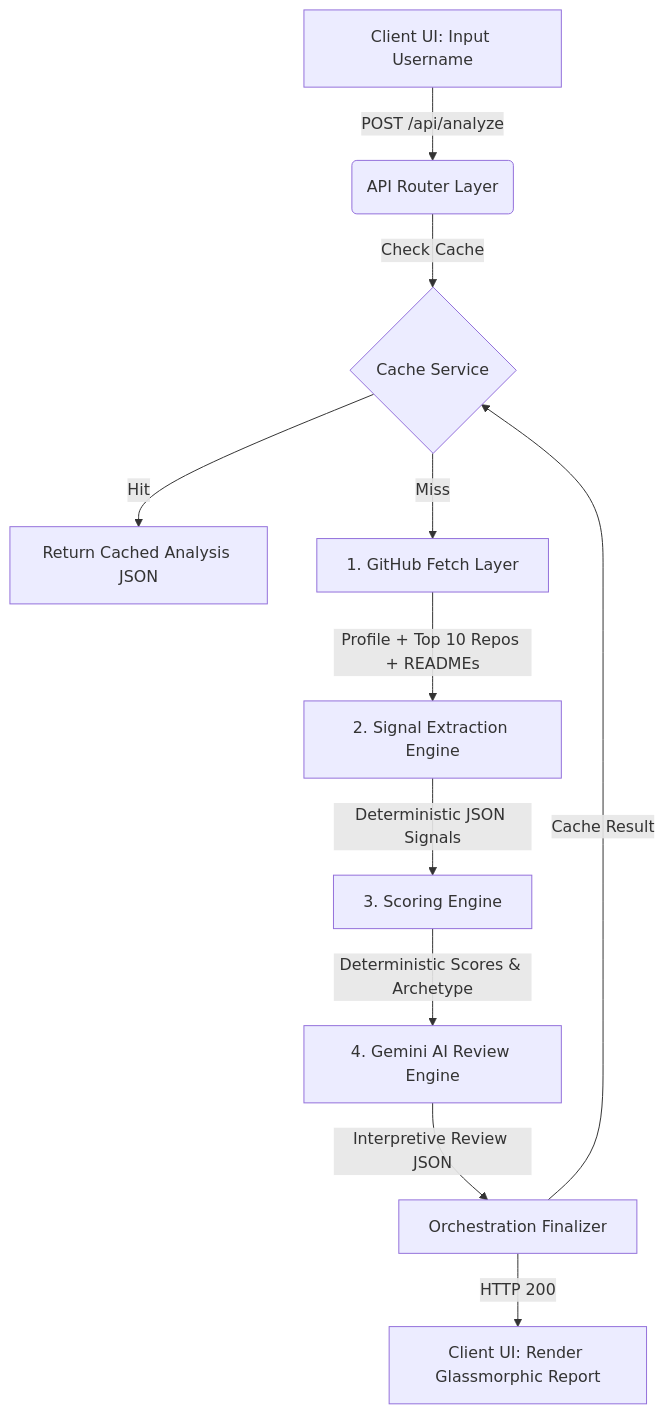
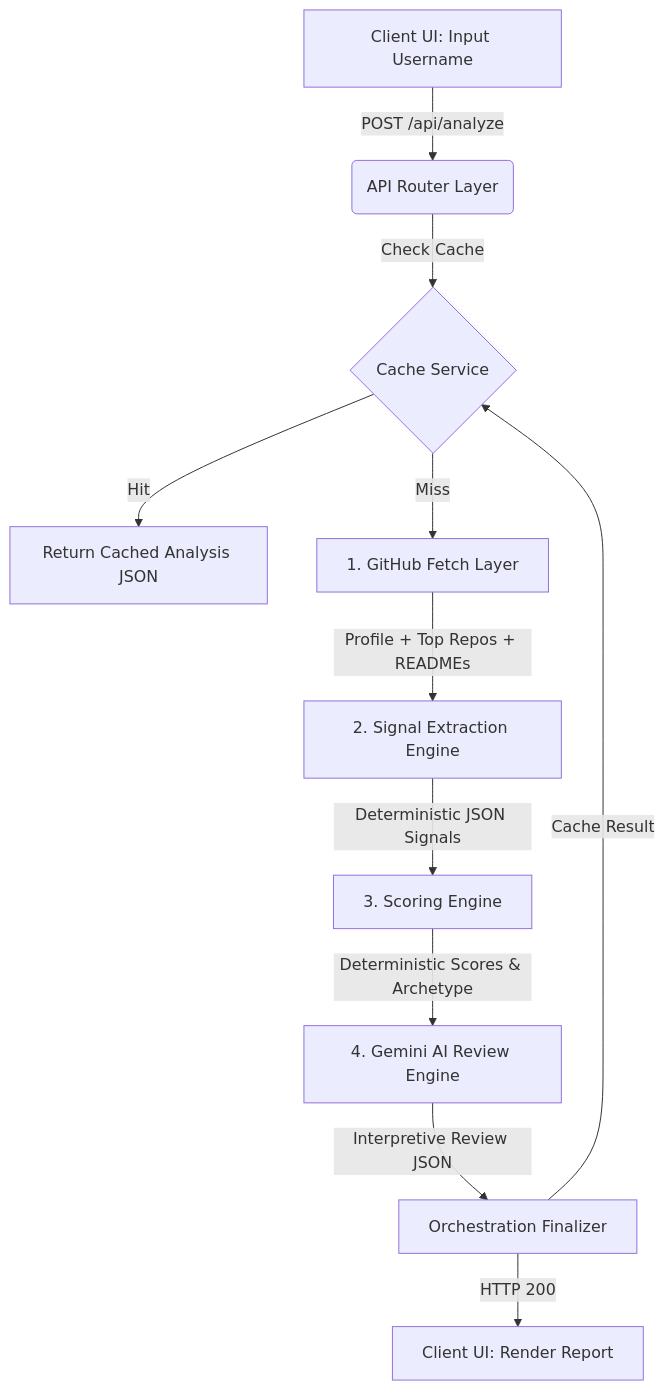
The diagram in README.md (Durgaprasad-Developer/Git-XRay), drawn with Mermaid before and after one commit. The commit also changed other lines of this file, not shown here.

````diff
--- a/README.md
+++ b/README.md
@@ -48,13 +44,13 @@
 ```mermaid
 graph TD
     A[Client UI: Input Username] -->|POST /api/analyze| B(API Router Layer)
     B -->|Check Cache| C{Cache Service}
     C -->|Hit| D[Return Cached Analysis JSON]
     C -->|Miss| E[1. GitHub Fetch Layer]
-    E -->|Profile + Top 10 Repos + READMEs| F[2. Signal Extraction Engine]
+    E -->|Profile + Top Repos + READMEs| F[2. Signal Extraction Engine]
     F -->|Deterministic JSON Signals| G[3. Scoring Engine]
     G -->|Deterministic Scores & Archetype| H[4. Gemini AI Review Engine]
     H -->|Interpretive Review JSON| I[Orchestration Finalizer]
     I -->|Cache Result| C
-    I -->|HTTP 200| J[Client UI: Render Glassmorphic Report]
+    I -->|HTTP 200| J[Client UI: Render Report]
 ```
````
